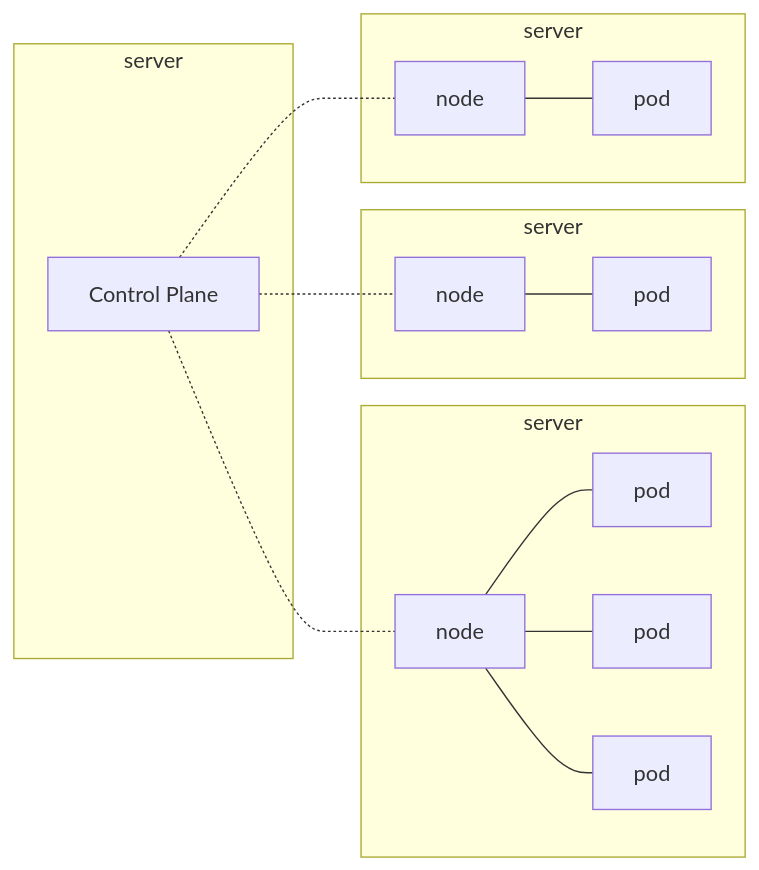
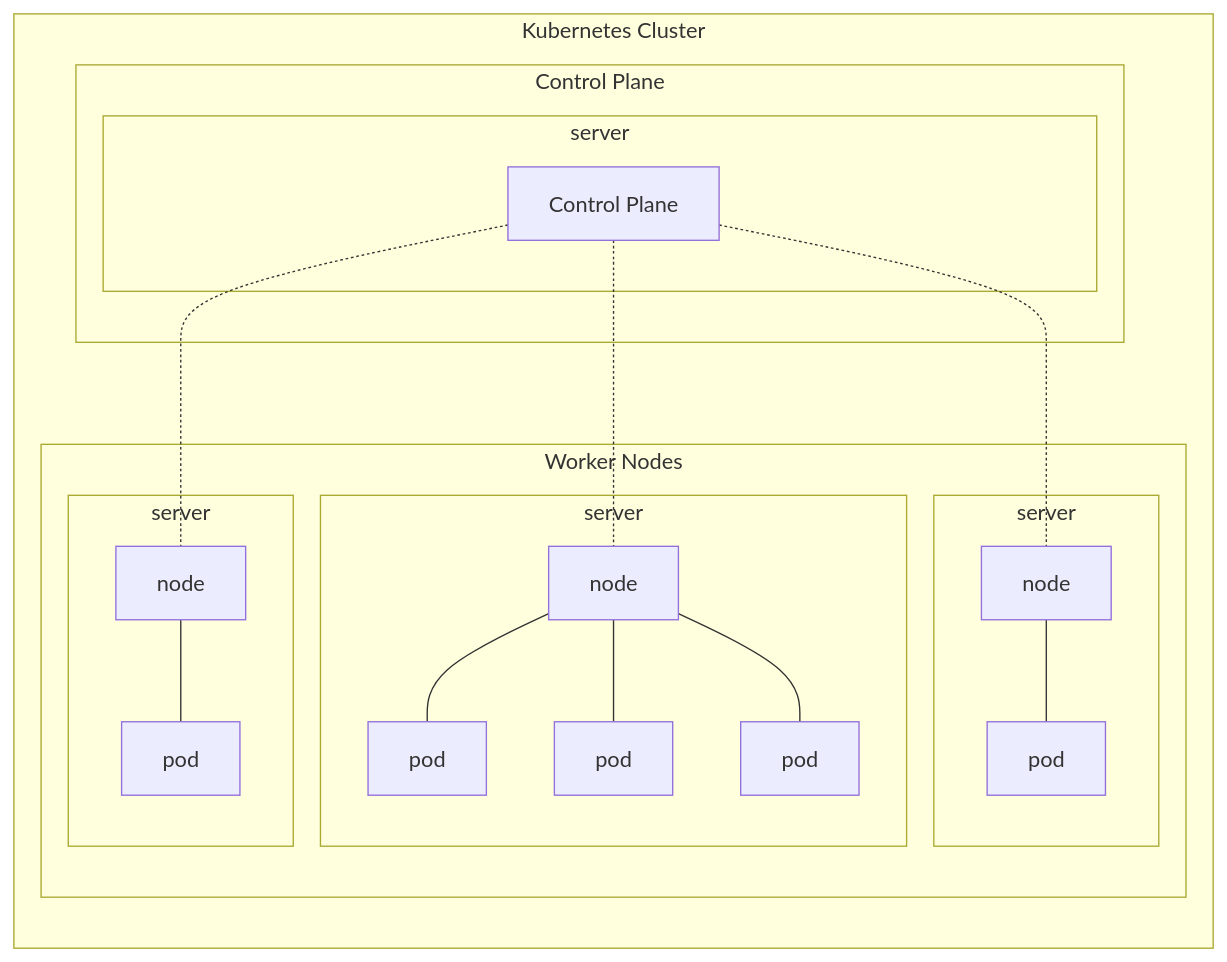
Before and after one commit to mritzmann/cheatsheets: the first of 2 diagrams in kubernetes.md, drawn with Mermaid. The commit also changed other lines of this file, not shown here.

````diff
--- a/kubernetes.md
+++ b/kubernetes.md
@@ -5,34 +5,46 @@
 ```mermaid
 graph LR
 
 node1 --- pod1_1
 node1 --- pod1_2
 node1 --- pod1_3
 node2 --- pod2_1
 node3 --- pod3_1
 
 control -.- node1
 control -.- node2
 control -.- node3
 
-subgraph server0[server]
-  control["Control Plane"]
-end
+subgraph cluster["Kubernetes Cluster"]
 
-subgraph server1[server]
-  node1[node]
-  pod1_1[pod]
-  pod1_2[pod]
-  pod1_3[pod]
-end
+  subgraph controlplane["Control Plane"]
 
-subgraph server2[server]
-  node2[node]
-  pod2_1[pod]
-end
+    subgraph server0[server]
+      control["Control Plane"]
+    end
 
-subgraph server3[server]
-  node3[node]
-  pod3_1[pod]
+  end
+
+  subgraph worker["Worker Nodes"]
+
+    subgraph server1[server]
+      node1[node]
+      pod1_1[pod]
+      pod1_2[pod]
+      pod1_3[pod]
+    end
+
+    subgraph server2[server]
+      node2[node]
+      pod2_1[pod]
+    end
+
+    subgraph server3[server]
+      node3[node]
+      pod3_1[pod]
+    end
+
+  end
+
 end
 ```
````
